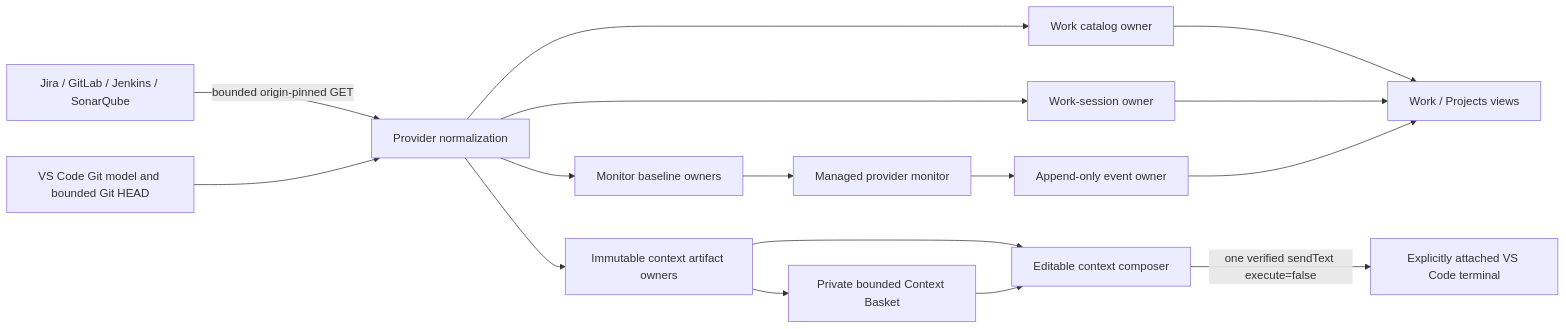
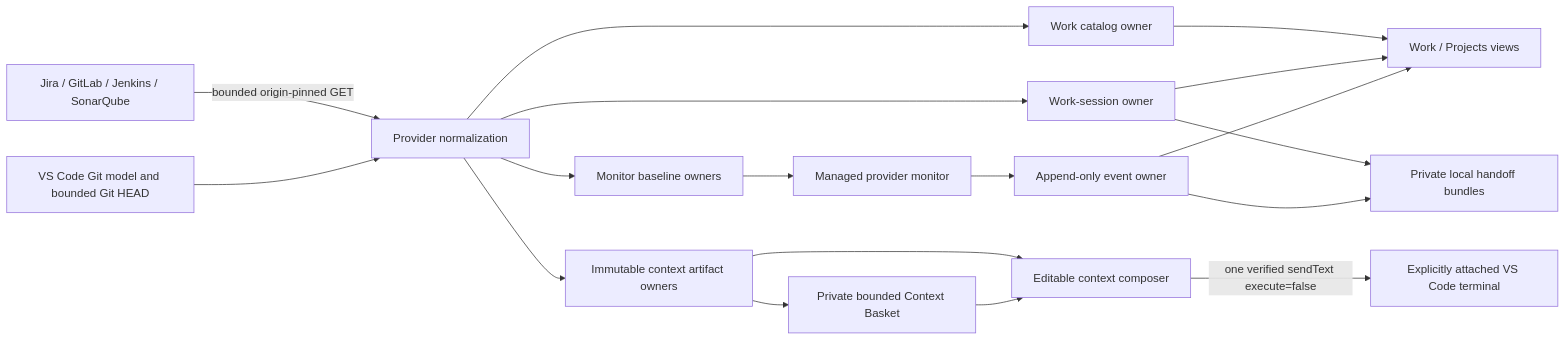
Before and after one commit to jmac4909/kronos: the diagram in docs/state-ownership.md, drawn with Mermaid. The commit also changed other lines of this file and 24 other files, not shown here.

````diff
--- a/docs/state-ownership.md
+++ b/docs/state-ownership.md
@@ -5,18 +5,20 @@
 ```mermaid
 flowchart LR
   P[Jira / GitLab / Jenkins / SonarQube] -->|bounded origin-pinned GET| N[Provider normalization]
   G[VS Code Git model and bounded Git HEAD] --> N
   N --> W[Work catalog owner]
   N --> S[Work-session owner]
   N --> B[Monitor baseline owners]
   N --> C[Immutable context artifact owners]
   W --> V[Work / Projects views]
   S --> V
   B --> M[Managed provider monitor]
   M --> E[Append-only event owner]
   E --> V
   C --> X[Editable context composer]
   C --> K[Private bounded Context Basket]
   K --> X
+  S --> H[Private local handoff bundles]
+  E --> H
   X -->|one verified sendText execute=false| T[Explicitly attached VS Code terminal]
 ```
````
